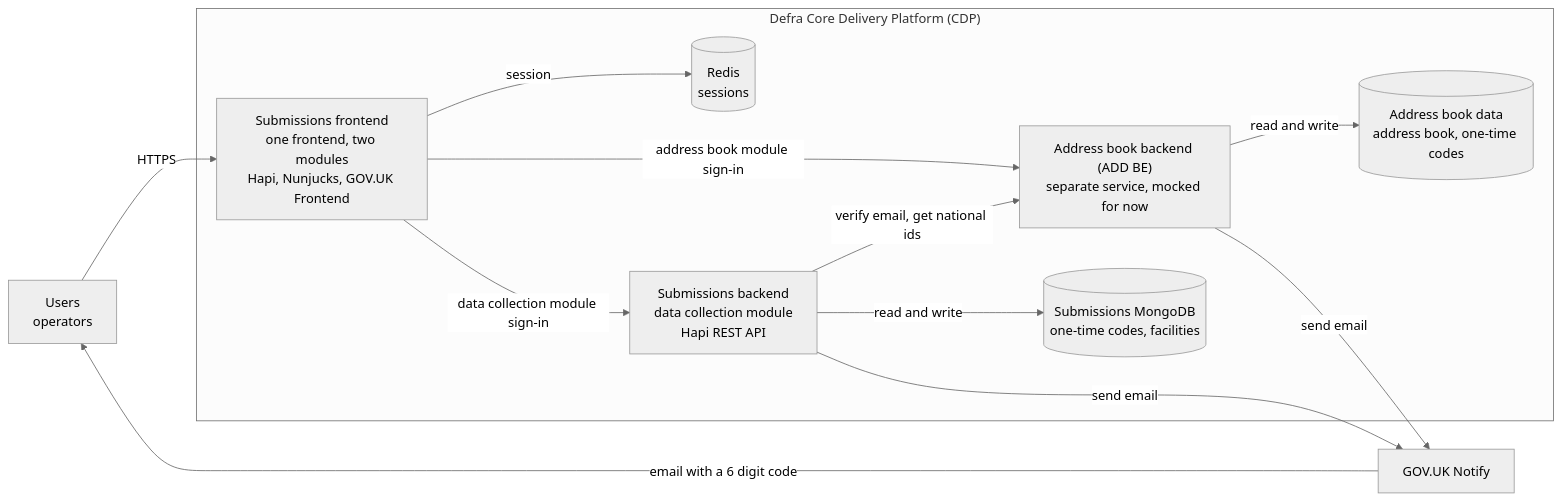
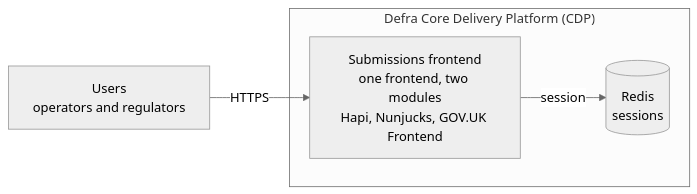
One commit to DEFRA/aqie-prtr-submissions-frontend changed the first of 4 diagrams in docs/architecture.md. Above: the diagram before and after it, drawn with Mermaid (neutral theme). The commit also changed other lines of this file and 2 other files, not shown here.

````diff
--- a/docs/architecture.md
+++ b/docs/architecture.md
@@ -58,23 +49,11 @@
 ```mermaid
 flowchart LR
-  U["Users<br/>operators"] -->|HTTPS| FE
+  U["Users<br/>operators and regulators"] -->|HTTPS| FE
 
   subgraph CDP["Defra Core Delivery Platform (CDP)"]
     FE["Submissions frontend<br/>one frontend, two modules<br/>Hapi, Nunjucks, GOV.UK Frontend"]
-    SBE["Submissions backend<br/>data collection module<br/>Hapi REST API"]
-    ADD["Address book backend (ADD BE)<br/>separate service, mocked for now"]
     R[("Redis<br/>sessions")]
-    SDB[("Submissions MongoDB<br/>one-time codes, facilities")]
-    ADB[("Address book data<br/>address book, one-time codes")]
   end
 
   FE -->|session| R
-  FE -->|"address book module sign-in"| ADD
-  FE -->|"data collection module sign-in"| SBE
-  SBE -->|"verify email, get national ids"| ADD
-  SBE -->|read and write| SDB
-  ADD -->|read and write| ADB
-  SBE -->|send email| N["GOV.UK Notify"]
-  ADD -->|send email| N
-  N -->|email with a 6 digit code| U
 ```
````
